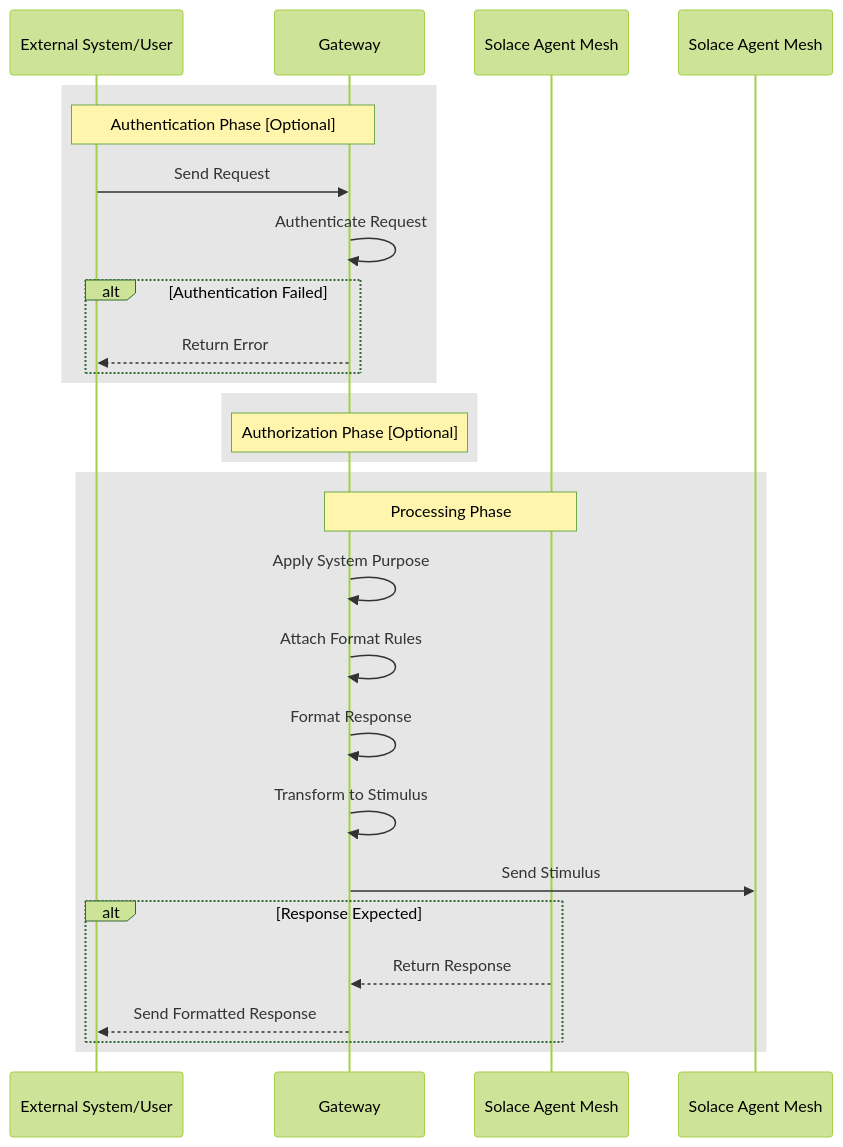
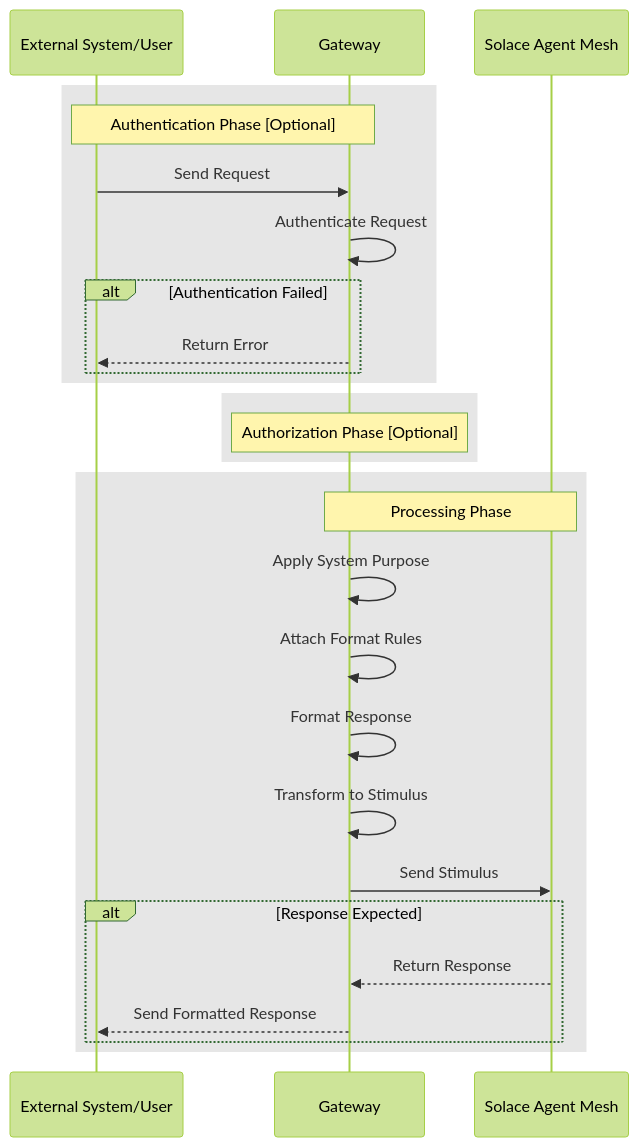
Before and after one commit to shwetamazumder/solace-agent-mesh: the diagram in docs/docs/documentation/concepts/gateways.md, drawn with Mermaid (forest theme). The commit also changed 2 other files, not shown here.

Commit message:
Docs: Fix Gateway Sequence Diagram (#25)

````diff
--- a/docs/docs/documentation/concepts/gateways.md
+++ b/docs/docs/documentation/concepts/gateways.md
@@ -31,33 +31,33 @@
 ```mermaid
 sequenceDiagram
     participant External as External System/User
     participant Gateway
     participant Mesh as Solace Agent Mesh
     
     rect rgba(128, 128, 128, 0.2)
         Note over External,Gateway: Authentication Phase [Optional]
         External->>Gateway: Send Request
         Gateway->> Gateway: Authenticate Request
         alt Authentication Failed
             Gateway-->>External: Return Error
         end
     end
 
     rect rgba(128, 128, 128, 0.2)
         Note over Gateway: Authorization Phase [Optional]
     end
 
     rect rgba(128, 128, 128, 0.2)
         Note over Gateway,Mesh: Processing Phase
         Gateway->>Gateway: Apply System Purpose
         Gateway->>Gateway: Attach Format Rules
         Gateway->>Gateway: Format Response
         Gateway->>Gateway: Transform to Stimulus
-        Gateway->>Solace Agent Mesh: Send Stimulus
+        Gateway->>Mesh: Send Stimulus
         
         alt Response Expected
             Mesh-->>Gateway: Return Response
             Gateway-->>External: Send Formatted Response
         end
     end
 ```
````
